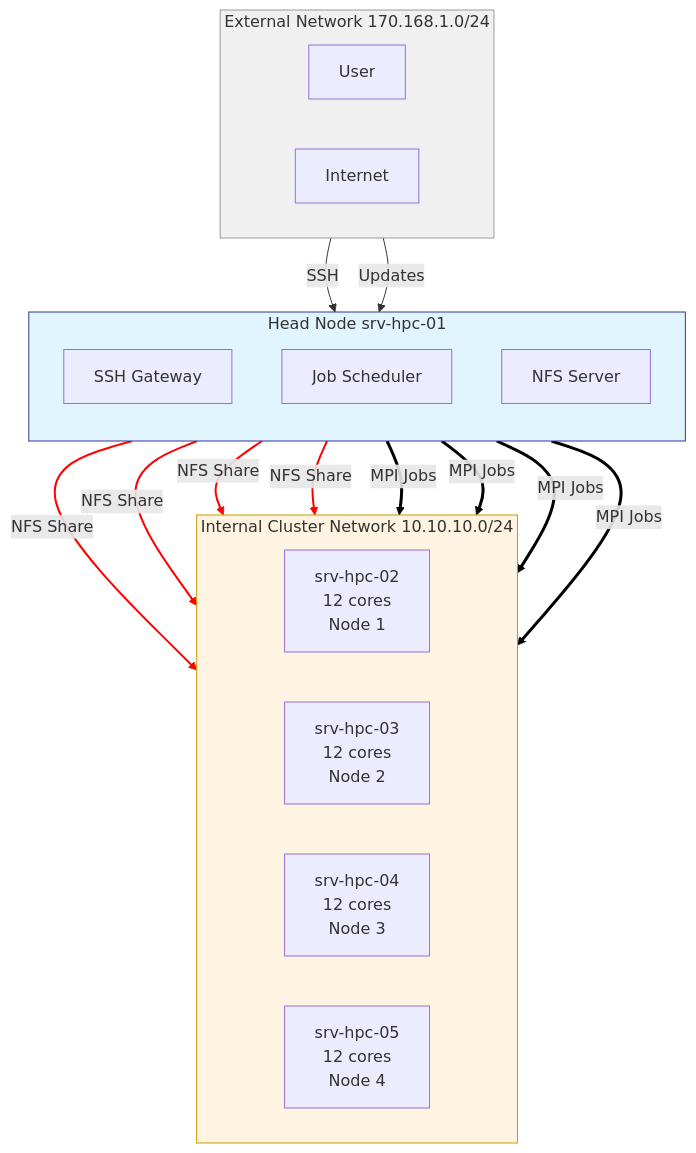
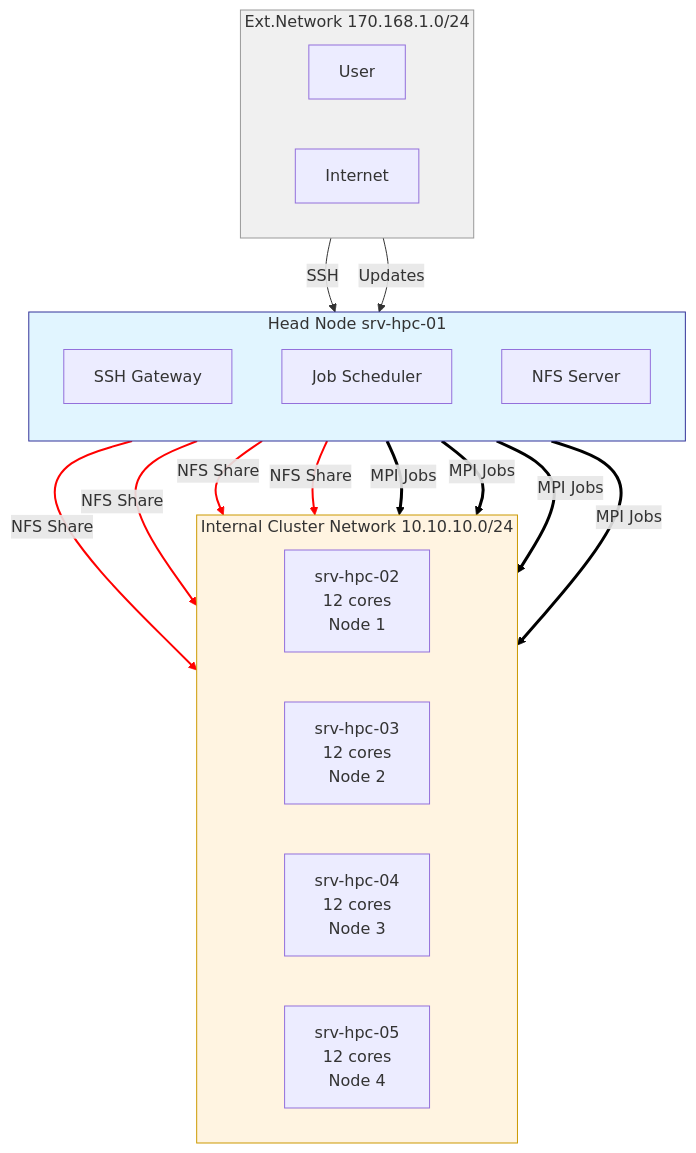
One commit to maltsev-andrey/hpc-cluster-slurm-mpi changed the diagram in README.md. Above: the diagram before and after it, drawn with Mermaid.

````diff
--- a/README.md
+++ b/README.md
@@ -44,51 +44,51 @@
 ```mermaid
 graph TB
     %% External network
-    subgraph EXT["External Network 170.168.1.0/24"]
+    subgraph EXT["Ext.Network 170.168.1.0/24"]
         direction LR
         User[User]
         Internet[Internet]
     end
 
     %% Head node
     subgraph HEAD["Head Node srv-hpc-01"]
         direction TB
         SSH[SSH Gateway]
         Scheduler[Job Scheduler]
         NFS[NFS Server]
     end
 
     %% Internal cluster network
     subgraph INT["Internal Cluster Network 10.10.10.0/24"]
         direction LR
         CN1["srv-hpc-02<br/>12 cores<br/>Node 1"]
         CN2["srv-hpc-03<br/>12 cores<br/>Node 2"]
         CN3["srv-hpc-04<br/>12 cores<br/>Node 3"]
         CN4["srv-hpc-05<br/>12 cores<br/>Node 4"]
     end
 
     %% Connections - order matters for linkStyle
     User -->|SSH| SSH
     Internet -->|Updates| HEAD
     NFS -->|NFS Share| CN1
     NFS -->|NFS Share| CN2
     NFS -->|NFS Share| CN3
     NFS -->|NFS Share| CN4
     Scheduler -->|MPI Jobs| CN1
     Scheduler -->|MPI Jobs| CN2
     Scheduler -->|MPI Jobs| CN3
     Scheduler -->|MPI Jobs| CN4
 
     %% Link styles - links are numbered 0,1,2,3... in order of appearance
     %% Links 0,1: SSH and Updates
     %% Links 2,3,4,5: NFS Share - RED
     %% Links 6,7,8,9: MPI Jobs - BOLD BLACK
     linkStyle 2,3,4,5 stroke:#ff0000,stroke-width:2px
     linkStyle 6,7,8,9 stroke:#000000,stroke-width:3px
 
     %% Styles
     style EXT fill:#f0f0f0,stroke:#999,stroke-width:1px
     style HEAD fill:#e1f5ff,stroke:#339,stroke-width:1px
     style INT fill:#fff4e1,stroke:#c90,stroke-width:1px
 
 ```
````
